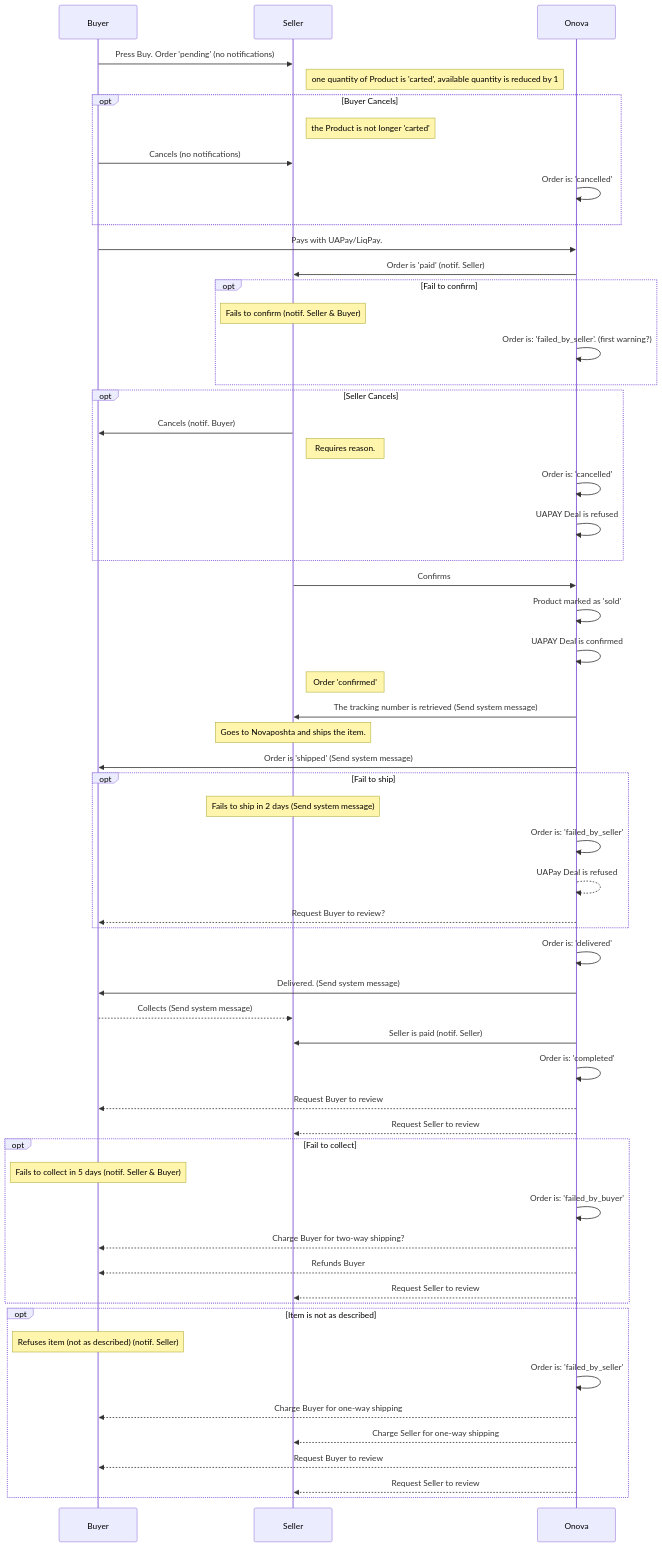
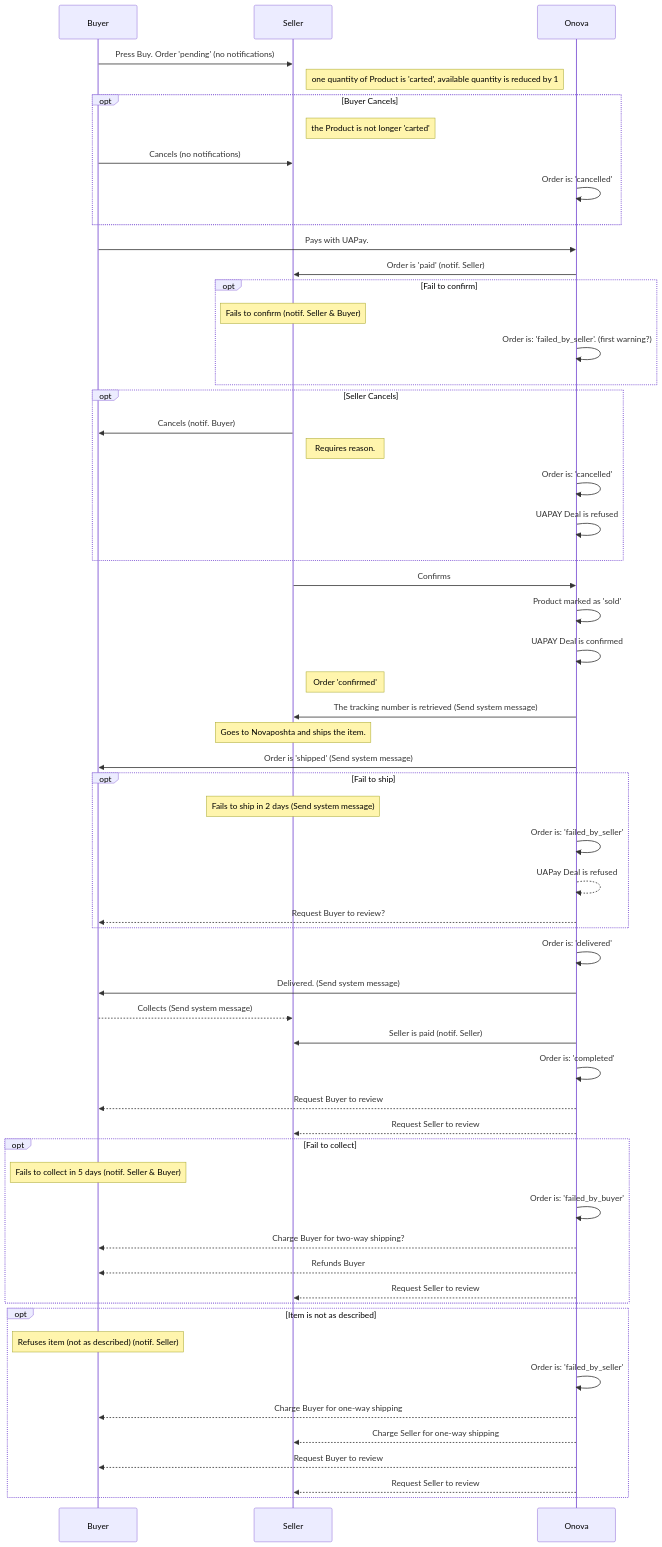
Before and after one commit to gianpaj/onova-server.data.global: the diagram in ORDER_PROCESS.md, drawn with Mermaid. The commit also changed other lines of this file and 7 other files, not shown here.

````diff
--- a/ORDER_PROCESS.md
+++ b/ORDER_PROCESS.md
@@ -11,63 +11,63 @@
 ```mermaid
 sequenceDiagram
     Buyer  ->>  Seller:   Press Buy. Order 'pending' (no notifications)
     Note right of Seller: one quantity of Product is 'carted', available quantity is reduced by 1
 
     opt Buyer Cancels
         Note right of Seller: the Product is not longer 'carted'
         Buyer ->>   Seller: Cancels (no notifications)
         Onova  ->>  Onova:  Order is: 'cancelled'
     end
 
-    Buyer  ->>  Onova: Pays with UAPay/LiqPay.
+    Buyer  ->>  Onova: Pays with UAPay.
     Onova  ->>  Seller: Order is 'paid' (notif. Seller)
 
     opt Fail to confirm
         Note over Seller:  Fails to confirm (notif. Seller & Buyer)
         Onova  ->>  Onova: Order is: 'failed_by_seller'. (first warning?)
     end
     opt Seller Cancels
         Seller ->>  Buyer:    Cancels (notif. Buyer)
         Note right of Seller: Requires reason.
         Onova  ->>  Onova:    Order is: 'cancelled'
         Onova  ->>  Onova:    UAPAY Deal is refused
     end
 
     Seller ->>    Onova: Confirms
     Onova  ->>  Onova: Product marked as 'sold'
     Onova  ->>  Onova:    UAPAY Deal is confirmed
     Note right of Seller: Order 'confirmed'
 
     Onova   ->> Seller: The tracking number is retrieved (Send system message)
     Note over Seller:  Goes to Novaposhta and ships the item.
     Onova ->>   Buyer:  Order is 'shipped' (Send system message)
 
     opt Fail to ship
         Note over Seller:  Fails to ship in 2 days (Send system message)
         Onova  ->>  Onova: Order is: 'failed_by_seller'
         Onova -->>  Onova: UAPay Deal is refused
         Onova -->>  Buyer: Request Buyer to review?
     end
             Onova  ->>  Onova: Order is: 'delivered'
     Onova  ->>  Buyer:   Delivered.  (Send system message)
     Buyer -->> Seller:   Collects  (Send system message)
     Onova  ->>  Seller:  Seller is paid (notif. Seller)
     Onova  ->>  Onova:   Order is: 'completed'
     Onova -->>  Buyer:   Request Buyer to review
     Onova -->>  Seller:  Request Seller to review
     opt Fail to collect
         Note over Buyer:    Fails to collect in 5 days  (notif. Seller & Buyer)
         Onova  ->>  Onova:  Order is: 'failed_by_buyer'
         Onova -->>  Buyer:  Charge Buyer for two-way shipping?
         Onova -->>  Buyer:  Refunds Buyer
         Onova -->>  Seller: Request Seller to review
     end
     opt Item is not as described
         Note over Buyer:    Refuses item (not as described) (notif. Seller)
         Onova  ->>  Onova:  Order is: 'failed_by_seller'
         Onova -->>  Buyer:  Charge Buyer for one-way shipping
         Onova -->>  Seller: Charge Seller for one-way shipping
         Onova -->>  Buyer:  Request Buyer to review
         Onova -->>  Seller: Request Seller to review
     end
 ```
````
